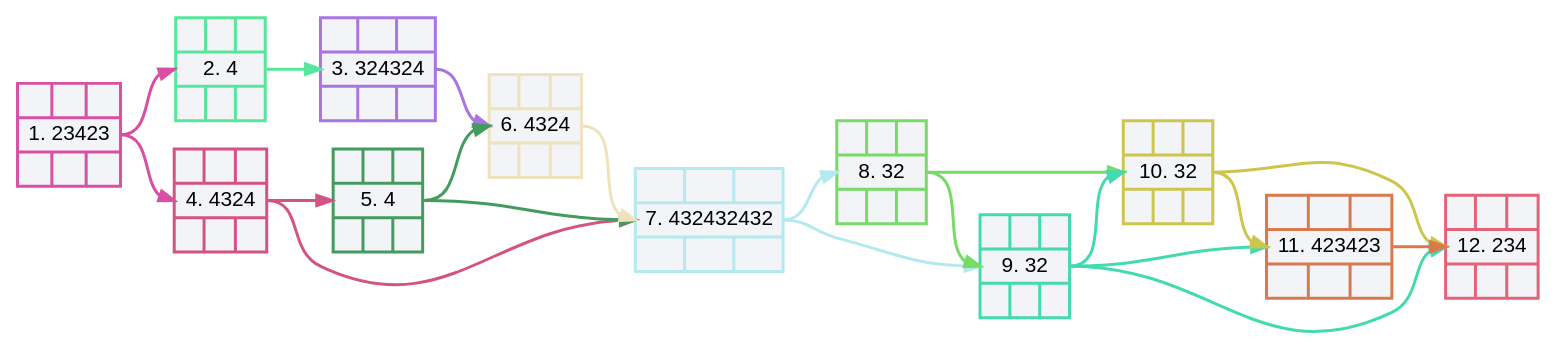
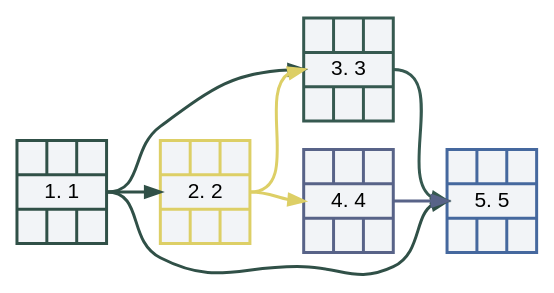
Before and after one commit to DVin-programmer/networkGraphics: the diagram in files/NetworkGraph01.gv, drawn with Graphviz. The commit also changed 14 other files, not shown here.

```diff
--- a/files/NetworkGraph01.gv
+++ b/files/NetworkGraph01.gv
@@ -1,41 +1,22 @@
-digraph NetworkGraph01
-{
-   //graph [charset = "utf8"]
-   rankdir = LR
-   layout = dot
-   splines = spline
-   node [style = "filled, bold", fillcolor = "#f2f4f7", fontname = "Arial"]
-   edge [penwidth = 2]
-   v1 [fontname = "Arial",color = "#d94fa3", shape = record, label = "{  |  |  } |  <mI1> 1. 23423 | { |  |  }"]
-   v2 [fontname = "Arial",color = "#57e79c", shape = record, label = "{  |  |  } |  <mI2> 2. 4 | { |  |  }"]
-   v3 [fontname = "Arial",color = "#a875e1", shape = record, label = "{  |  |  } |  <mI3> 3. 324324 | { |  |  }"]
-   v4 [fontname = "Arial",color = "#d45383", shape = record, label = "{  |  |  } |  <mI4> 4. 4324 | { |  |  }"]
-   v5 [fontname = "Arial",color = "#449b5e", shape = record, label = "{  |  |  } |  <mI5> 5. 4 | { |  |  }"]
-   v6 [fontname = "Arial",color = "#eee3bd", shape = record, label = "{  |  |  } |  <mI6> 6. 4324 | { |  |  }"]
-   v7 [fontname = "Arial",color = "#b4eaef", shape = record, label = "{  |  |  } |  <mI7> 7. 432432432 | { |  |  }"]
-   v8 [fontname = "Arial",color = "#78da67", shape = record, label = "{  |  |  } |  <mI8> 8. 32 | { |  |  }"]
-   v9 [fontname = "Arial",color = "#44dab0", shape = record, label = "{  |  |  } |  <mI9> 9. 32 | { |  |  }"]
-   v10 [fontname = "Arial",color = "#cdc54e", shape = record, label = "{  |  |  } |  <mI10> 10. 32 | { |  |  }"]
-   v11 [fontname = "Arial",color = "#d8794e", shape = record, label = "{  |  |  } |  <mI11> 11. 423423 | { |  |  }"]
-   v12 [fontname = "Arial",color = "#e3637a", shape = record, label = "{  |  |  } |  <mI12> 12. 234 | { |  |  }"]
-   v9:<mI9> -> v11:<mI11> [color = "#44dab0"]
-   v8:<mI8> -> v10:<mI10> [color = "#78da67"]
-   v9:<mI9> -> v12:<mI12> [color = "#44dab0"]
-   v9:<mI9> -> v10:<mI10> [color = "#44dab0"]
-   v1:<mI1> -> v2:<mI2> [color = "#d94fa3"]
-   v2:<mI2> -> v3:<mI3> [color = "#57e79c"]
-   v1:<mI1> -> v4:<mI4> [color = "#d94fa3"]
-   v4:<mI4> -> v5:<mI5> [color = "#d45383"]
-   v3:<mI3> -> v6:<mI6> [color = "#a875e1"]
-   v5:<mI5> -> v6:<mI6> [color = "#449b5e"]
-   v5:<mI5> -> v7:<mI7> [color = "#449b5e"]
-   v6:<mI6> -> v7:<mI7> [color = "#eee3bd"]
-   v4:<mI4> -> v7:<mI7> [color = "#d45383"]
-   v7:<mI7> -> v8:<mI8> [color = "#b4eaef"]
-   v7:<mI7> -> v9:<mI9> [color = "#b4eaef"]
-   v8:<mI8> -> v9:<mI9> [color = "#78da67"]
-   v11:<mI11> -> v12:<mI12> [color = "#d8794e"]
-   v10:<mI10> -> v12:<mI12> [color = "#cdc54e"]
-   v10:<mI10> -> v11:<mI11> [color = "#cdc54e"]
+        digraph NetworkGraph01
+        {
+           //graph [charset = "utf8"]
+           rankdir = LR
+           layout = dot
+           splines = spline
+           node [style = "filled, bold", fillcolor = "#f2f4f7", fontname = "Arial"]
+           edge [penwidth = 2]
+           v1 [fontname = "Arial",color = "#305047", shape = record, label = "{  |  |  } |  <mI1> 1. 1 | { |  |  }"]
+   v2 [fontname = "Arial",color = "#ddcf66", shape = record, label = "{  |  |  } |  <mI2> 2. 2 | { |  |  }"]
+   v3 [fontname = "Arial",color = "#365950", shape = record, label = "{  |  |  } |  <mI3> 3. 3 | { |  |  }"]
+   v4 [fontname = "Arial",color = "#586388", shape = record, label = "{  |  |  } |  <mI4> 4. 4 | { |  |  }"]
+   v5 [fontname = "Arial",color = "#45689e", shape = record, label = "{  |  |  } |  <mI5> 5. 5 | { |  |  }"]
+   v1:<mI1> -> v2:<mI2> [color = "#305047"]
+   v2:<mI2> -> v3:<mI3> [color = "#ddcf66"]
+   v1:<mI1> -> v3:<mI3> [color = "#305047"]
+   v2:<mI2> -> v4:<mI4> [color = "#ddcf66"]
+   v1:<mI1> -> v5:<mI5> [color = "#305047"]
+   v3:<mI3> -> v5:<mI5> [color = "#365950"]
+   v4:<mI4> -> v5:<mI5> [color = "#586388"]
 
 }
```
